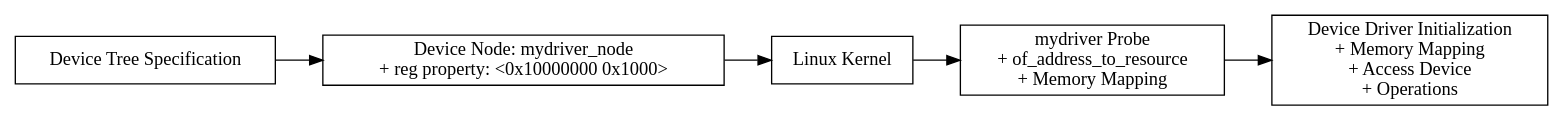
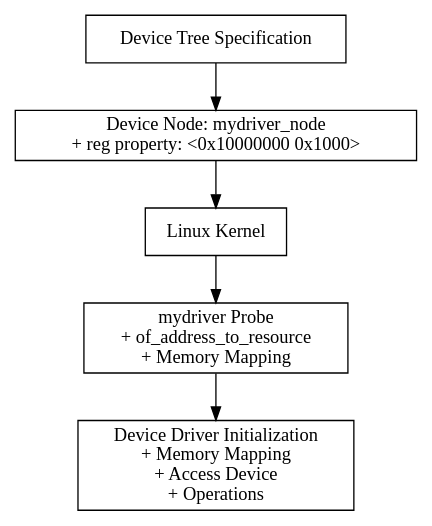
Before and after one commit to abhilashsagar/linuxdd: the first of 2 diagrams in doc/gpiodriver.rst, drawn with Graphviz. The commit also changed other lines of this file, not shown here.

```diff
--- a/doc/gpiodriver.rst
+++ b/doc/gpiodriver.rst
@@ -114,10 +114,10 @@
 .. graphviz::
 
     digraph device_tree_diagram {
-        rankdir=LR;
+        rankdir=TB;
         node [shape=box];
         "Device Tree Specification" -> "Device Node: mydriver_node\n+ reg property: <0x10000000 0x1000>";
         "Device Node: mydriver_node\n+ reg property: <0x10000000 0x1000>" -> "Linux Kernel";
         "Linux Kernel" -> "mydriver Probe\n+ of_address_to_resource\n+ Memory Mapping";
         "mydriver Probe\n+ of_address_to_resource\n+ Memory Mapping" -> "Device Driver Initialization\n+ Memory Mapping\n+ Access Device\n+ Operations";
     }
```
